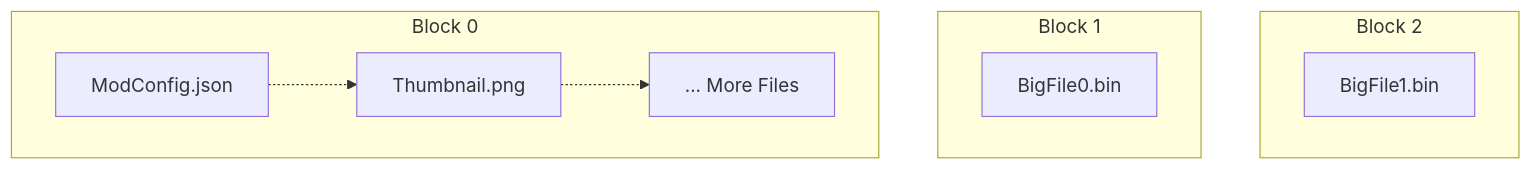
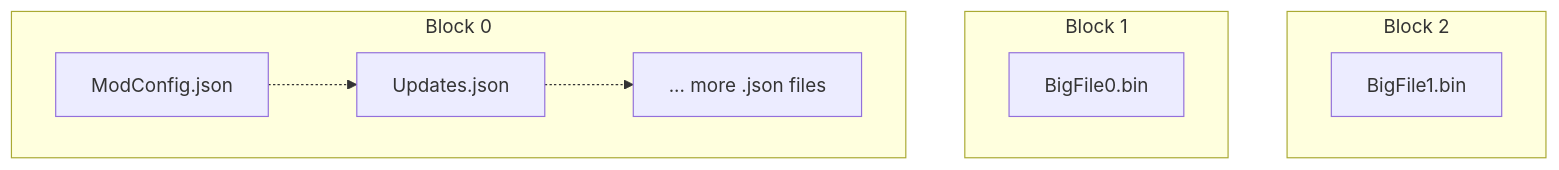
One commit to Nexus-Mods/NexusMods.Archives.Nx changed the diagram in docs/Specification/Overview.md. Above: the diagram before and after it, drawn with Mermaid. The commit also changed other lines of this file and 6 other files, not shown here.

````diff
--- a/docs/Specification/Overview.md
+++ b/docs/Specification/Overview.md
@@ -17,15 +18,15 @@
 ```mermaid
 flowchart TD
     subgraph Block 2
         BigFile1.bin
     end
 
     subgraph Block 1
         BigFile0.bin
     end
 
     subgraph Block 0
-        ModConfig.json -.-> Thumbnail.png
-        Thumbnail.png -.-> more["... More Files"]        
+        ModConfig.json -.-> Updates.json
+        Updates.json -.-> more["... more .json files"]        
     end
 ```
````
